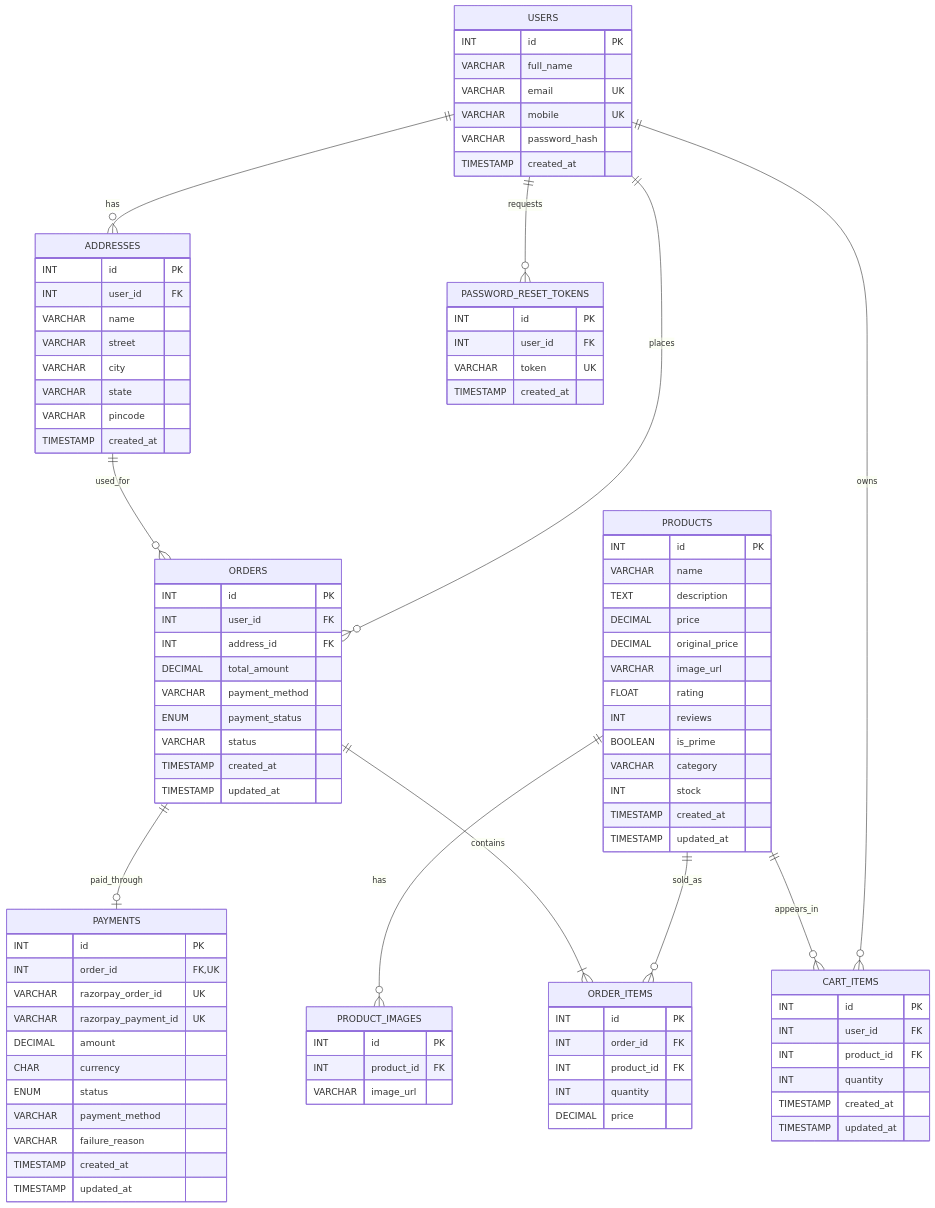
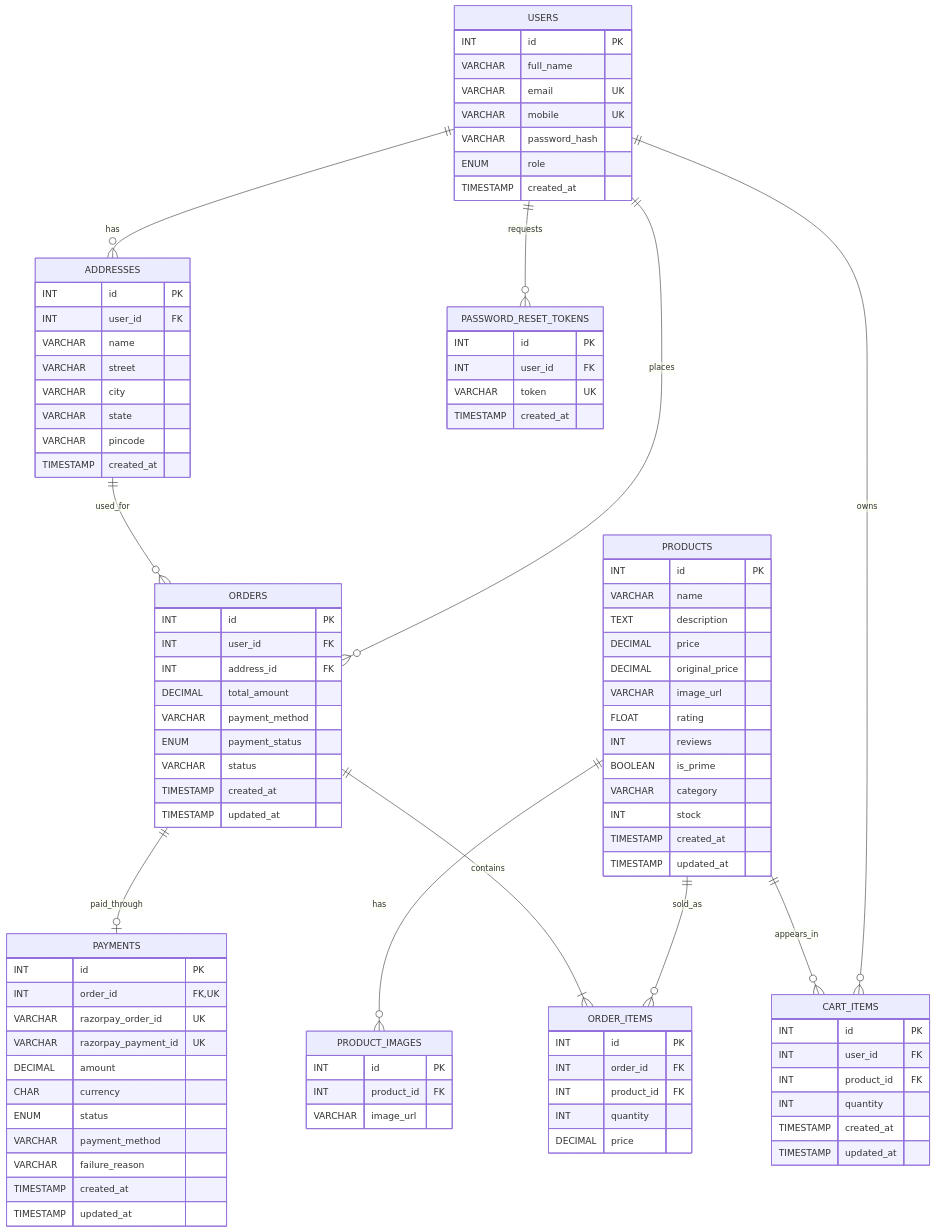
One commit to Debashish2005/Shopzi changed the diagram in docs/er-diagram.md. Above: the diagram before and after it, drawn with Mermaid. The commit also changed 5 other files, not shown here.

```diff
--- a/docs/er-diagram.md
+++ b/docs/er-diagram.md
@@ -19,6 +19,7 @@
         VARCHAR email UK
         VARCHAR mobile UK
         VARCHAR password_hash
+        ENUM role
         TIMESTAMP created_at
     }
 
```
